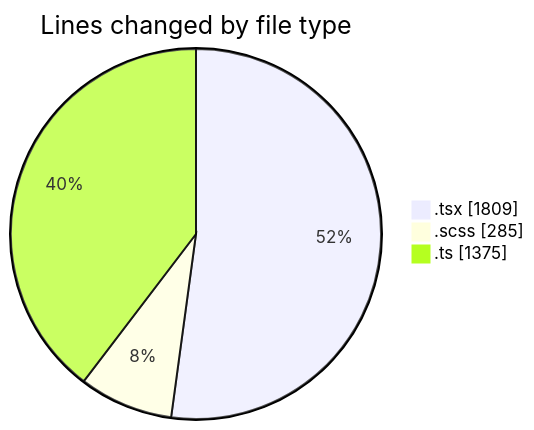
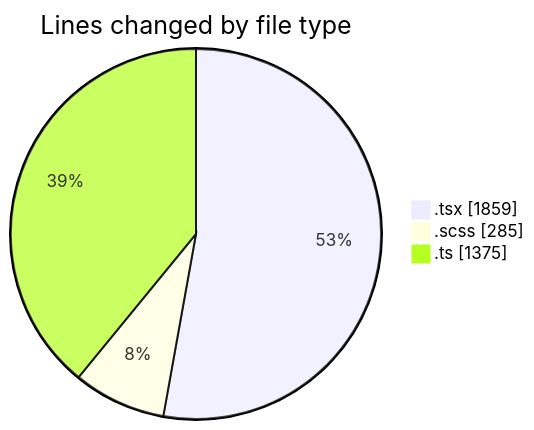
One commit to momahboobian/code-tracking changed the first of 2 diagrams in 2026-02-25/cda/README.md. Above: the diagram before and after it, drawn with Mermaid. The commit also changed other lines of this file and 1 other file, not shown here.

````diff
--- a/2026-02-25/cda/README.md
+++ b/2026-02-25/cda/README.md
@@ -25,7 +25,7 @@
 ```mermaid
 pie showData
 title Lines changed by file type
-".tsx" : 1809
+".tsx" : 1859
 ".scss" : 285
 ".ts" : 1375
 ```
````
